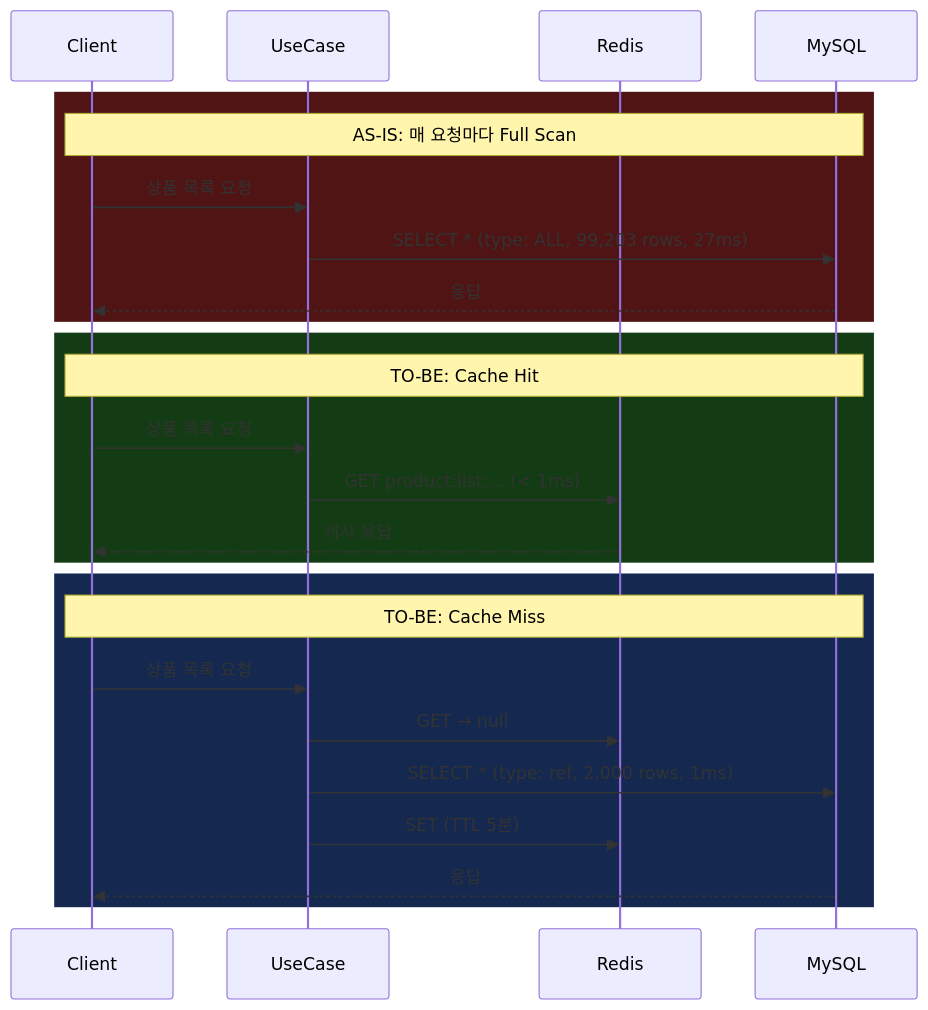
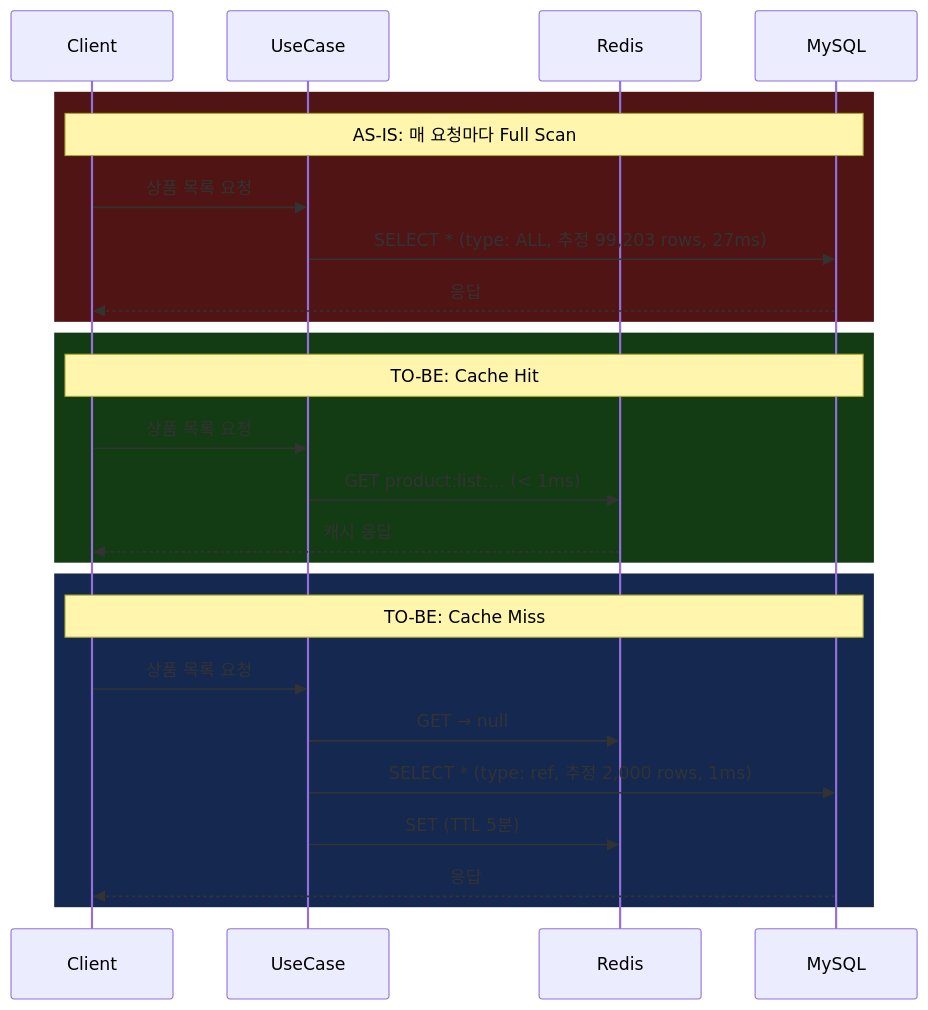
One commit to hyungkishin/hyungkishin.github.io changed the ninth of 10 diagrams in contents/posts/e-commerce/technical-writing/week5/index.md. Above: the diagram before and after it, drawn with Mermaid. The commit also changed other lines of this file and 78 other files, not shown here.

````diff
--- a/contents/posts/e-commerce/technical-writing/week5/index.md
+++ b/contents/posts/e-commerce/technical-writing/week5/index.md
@@ -547,30 +551,30 @@
 ```mermaid
 sequenceDiagram
     participant C as Client
     participant U as UseCase
     participant R as Redis
     participant M as MySQL
 
     rect rgb(80, 20, 20)
         Note over C,M: AS-IS: 매 요청마다 Full Scan
         C->>U: 상품 목록 요청
-        U->>M: SELECT * (type: ALL, 99,203 rows, 27ms)
+        U->>M: SELECT * (type: ALL, 추정 99,203 rows, 27ms)
         M-->>C: 응답
     end
 
     rect rgb(20, 60, 20)
         Note over C,M: TO-BE: Cache Hit
         C->>U: 상품 목록 요청
         U->>R: GET product:list:... (< 1ms)
         R-->>C: 캐시 응답
     end
 
     rect rgb(20, 40, 80)
         Note over C,M: TO-BE: Cache Miss
         C->>U: 상품 목록 요청
         U->>R: GET → null
-        U->>M: SELECT * (type: ref, 2,000 rows, 1ms)
+        U->>M: SELECT * (type: ref, 추정 2,000 rows, 1ms)
         U->>R: SET (TTL 5분)
         M-->>C: 응답
     end
 ```
````
